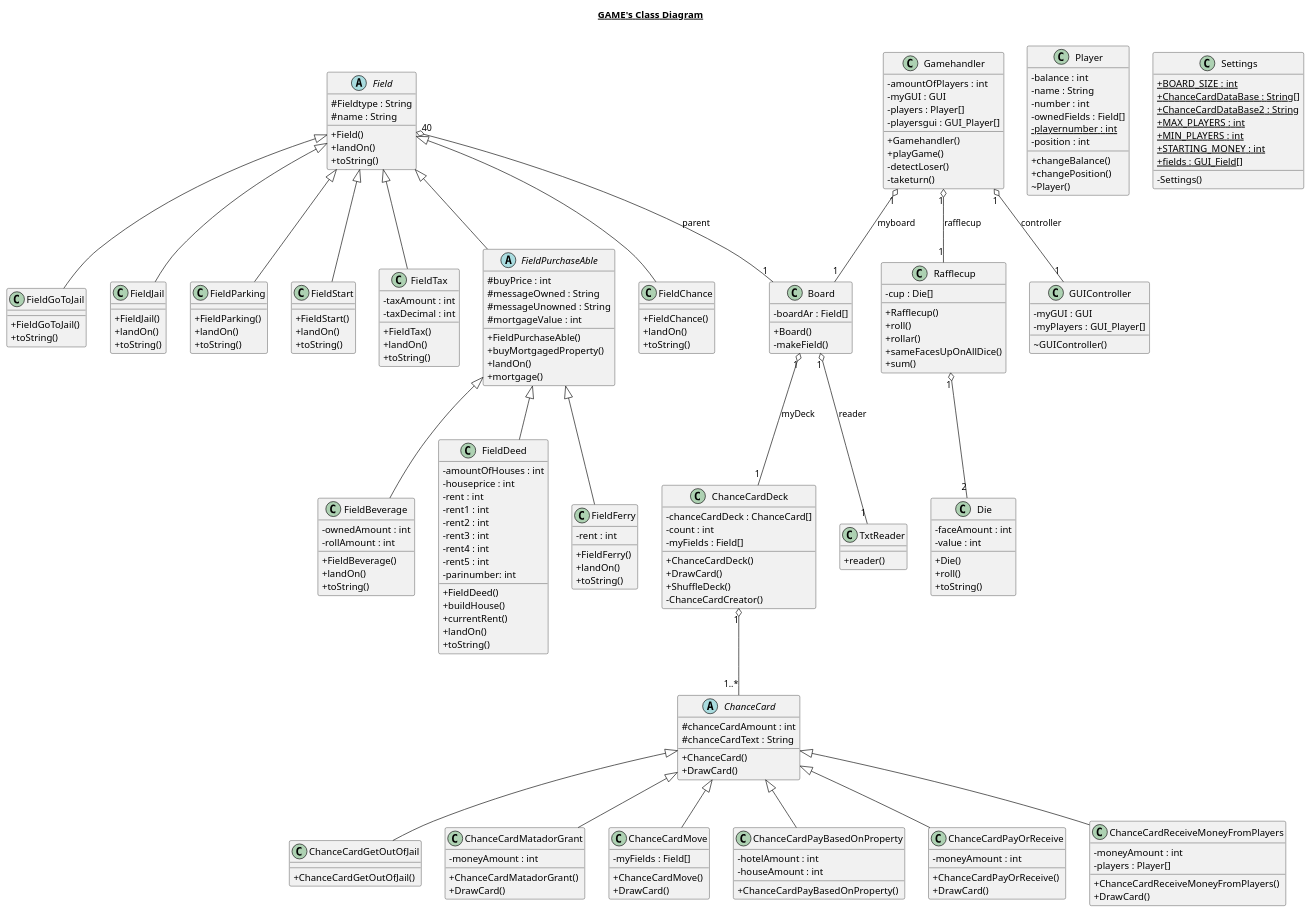
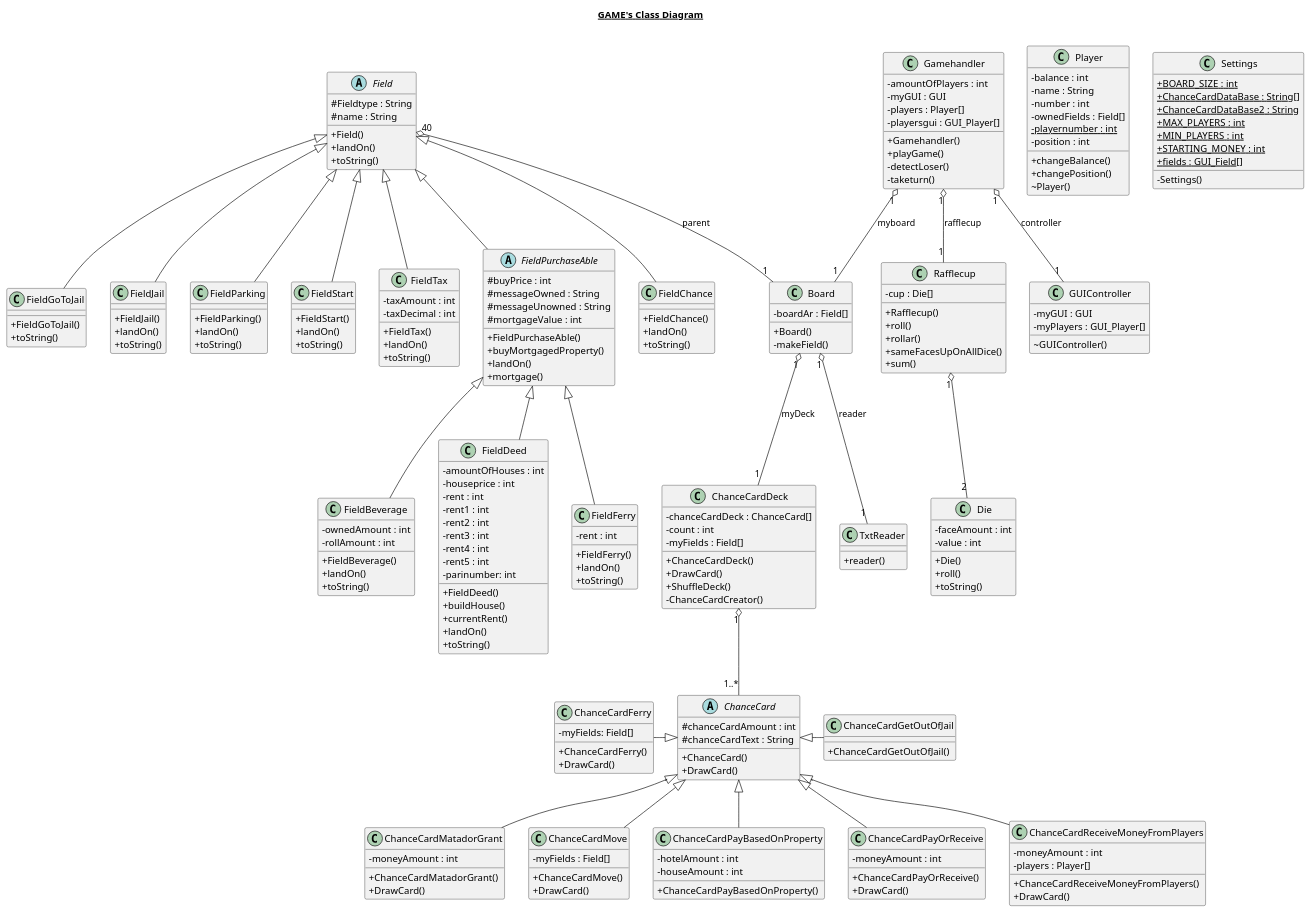
Before and after one commit to christianhyltoft/GAMEassignment: the diagram in UML/DesignClassDiagram.plantuml, drawn with PlantUML. The commit also changed 2 other files, not shown here.

Commit message:
Update to design class diagram

```diff
--- a/UML/DesignClassDiagram.plantuml
+++ b/UML/DesignClassDiagram.plantuml
@@ -35,7 +35,11 @@
     class ChanceCardGetOutOfJail {
         + ChanceCardGetOutOfJail()
     }
-
+class ChanceCardFerry {
+        - myFields: Field[]
+        + ChanceCardFerry()
+        + DrawCard()
+    }
   
 
     class ChanceCardMatadorGrant {
@@ -263,9 +267,10 @@
 
   Board"1" o-- "1"ChanceCardDeck : myDeck
   Board"1" o-- "1"TxtReader : reader
-  ChanceCardGetOutOfJail -up-|> ChanceCard
+  ChanceCard <|- ChanceCardGetOutOfJail
   ChanceCardMatadorGrant -up-|> ChanceCard
   ChanceCardMove -up-|> ChanceCard
+  ChanceCardFerry -|> ChanceCard
   ChanceCardPayBasedOnProperty -up-|> ChanceCard
   ChanceCardPayOrReceive -up-|> ChanceCard
   ChanceCardReceiveMoneyFromPlayers -up-|> ChanceCard
```
